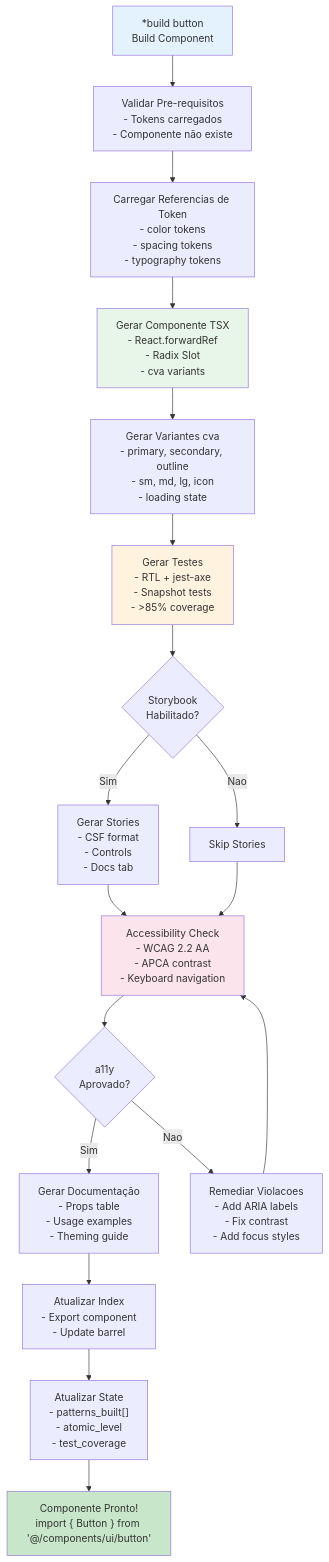
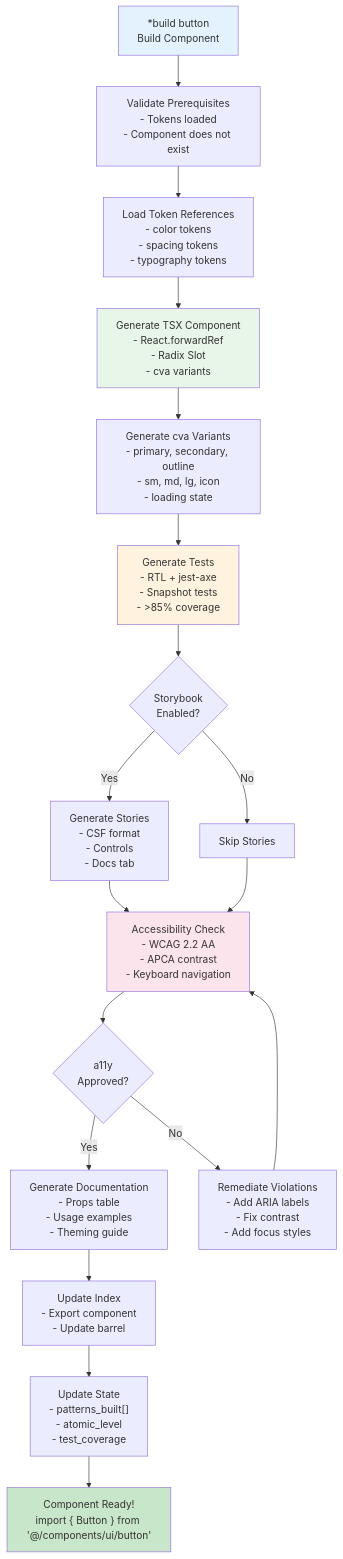
The fourth of 7 diagrams in docs/aexos-agent-flows/ux-design-expert-system.md (CyryxLabs/AEXOS), drawn with Mermaid before and after one commit. The commit also changed other lines of this file and 528 other files, not shown here.

````diff
--- a/docs/aexos-agent-flows/ux-design-expert-system.md
+++ b/docs/aexos-agent-flows/ux-design-expert-system.md
@@ -303,39 +303,39 @@
 ```mermaid
 flowchart TB
-    A["*build button<br/>Build Component"] --> B["Validar Pre-requisitos<br/>- Tokens carregados<br/>- Componente não existe"]
+    A["*build button<br/>Build Component"] --> B["Validate Prerequisites<br/>- Tokens loaded<br/>- Component does not exist"]
 
-    B --> C["Carregar Referencias de Token<br/>- color tokens<br/>- spacing tokens<br/>- typography tokens"]
+    B --> C["Load Token References<br/>- color tokens<br/>- spacing tokens<br/>- typography tokens"]
 
-    C --> D["Gerar Componente TSX<br/>- React.forwardRef<br/>- Radix Slot<br/>- cva variants"]
+    C --> D["Generate TSX Component<br/>- React.forwardRef<br/>- Radix Slot<br/>- cva variants"]
 
-    D --> E["Gerar Variantes cva<br/>- primary, secondary, outline<br/>- sm, md, lg, icon<br/>- loading state"]
+    D --> E["Generate cva Variants<br/>- primary, secondary, outline<br/>- sm, md, lg, icon<br/>- loading state"]
 
-    E --> F["Gerar Testes<br/>- RTL + jest-axe<br/>- Snapshot tests<br/>- >85% coverage"]
+    E --> F["Generate Tests<br/>- RTL + jest-axe<br/>- Snapshot tests<br/>- >85% coverage"]
 
-    F --> G{"Storybook<br/>Habilitado?"}
+    F --> G{"Storybook<br/>Enabled?"}
 
-    G -->|Sim| H["Gerar Stories<br/>- CSF format<br/>- Controls<br/>- Docs tab"]
-    G -->|Nao| I["Skip Stories"]
+    G -->|Yes| H["Generate Stories<br/>- CSF format<br/>- Controls<br/>- Docs tab"]
+    G -->|No| I["Skip Stories"]
 
     H --> J["Accessibility Check<br/>- WCAG 2.2 AA<br/>- APCA contrast<br/>- Keyboard navigation"]
     I --> J
 
-    J --> K{"a11y<br/>Aprovado?"}
+    J --> K{"a11y<br/>Approved?"}
 
-    K -->|Sim| L["Gerar Documentação<br/>- Props table<br/>- Usage examples<br/>- Theming guide"]
-    K -->|Nao| M["Remediar Violacoes<br/>- Add ARIA labels<br/>- Fix contrast<br/>- Add focus styles"]
+    K -->|Yes| L["Generate Documentation<br/>- Props table<br/>- Usage examples<br/>- Theming guide"]
+    K -->|No| M["Remediate Violations<br/>- Add ARIA labels<br/>- Fix contrast<br/>- Add focus styles"]
 
     M --> J
 
-    L --> N["Atualizar Index<br/>- Export component<br/>- Update barrel"]
+    L --> N["Update Index<br/>- Export component<br/>- Update barrel"]
 
-    N --> O["Atualizar State<br/>- patterns_built[]<br/>- atomic_level<br/>- test_coverage"]
+    N --> O["Update State<br/>- patterns_built[]<br/>- atomic_level<br/>- test_coverage"]
 
-    O --> P["Componente Pronto!<br/>import { Button } from '@/components/ui/button'"]
+    O --> P["Component Ready!<br/>import { Button } from '@/components/ui/button'"]
 
     style A fill:#e3f2fd
     style D fill:#e8f5e9
     style F fill:#fff3e0
     style J fill:#fce4ec
     style P fill:#c8e6c9
 ```
````
